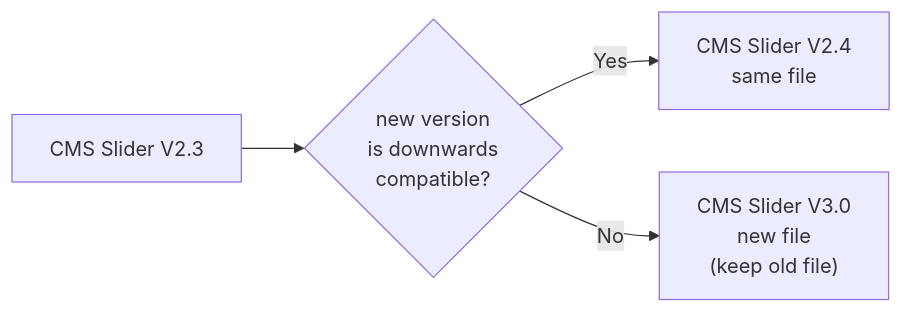
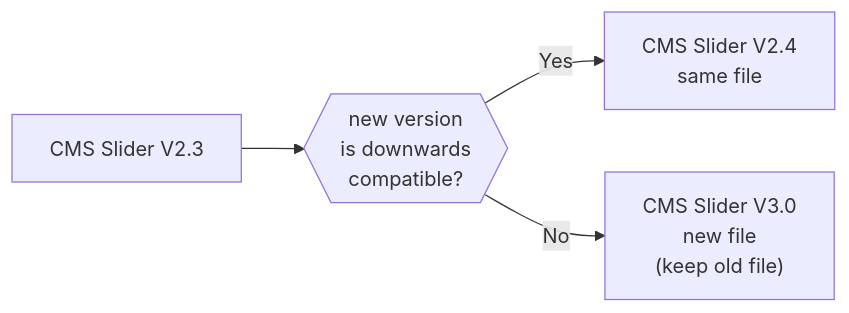
One commit to WeAreMomentum/library changed the diagram in README.md. Above: the diagram before and after it, drawn with Mermaid.

Commit message:
flowchart in readme

````diff
--- a/README.md
+++ b/README.md
@@ -24,16 +24,16 @@
 ```mermaid
 flowchart LR
     v23["CMS Slider V2.3"]
-    cond{"new version
+    cond{{"new version
     is downwards
-    compatible?"}
+    compatible?"}}
     v24["CMS Slider V2.4
     same file"]
     v30["CMS Slider V3.0
     new file
     (keep old file)"]
 
     v23 --> cond
     cond -->|Yes| v24
     cond -->|No| v30
 ```
````
